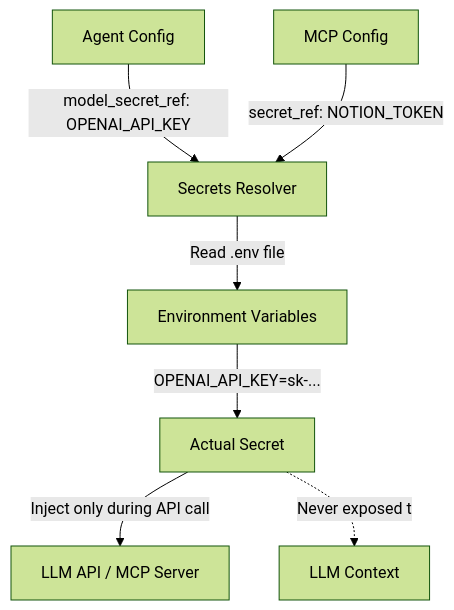
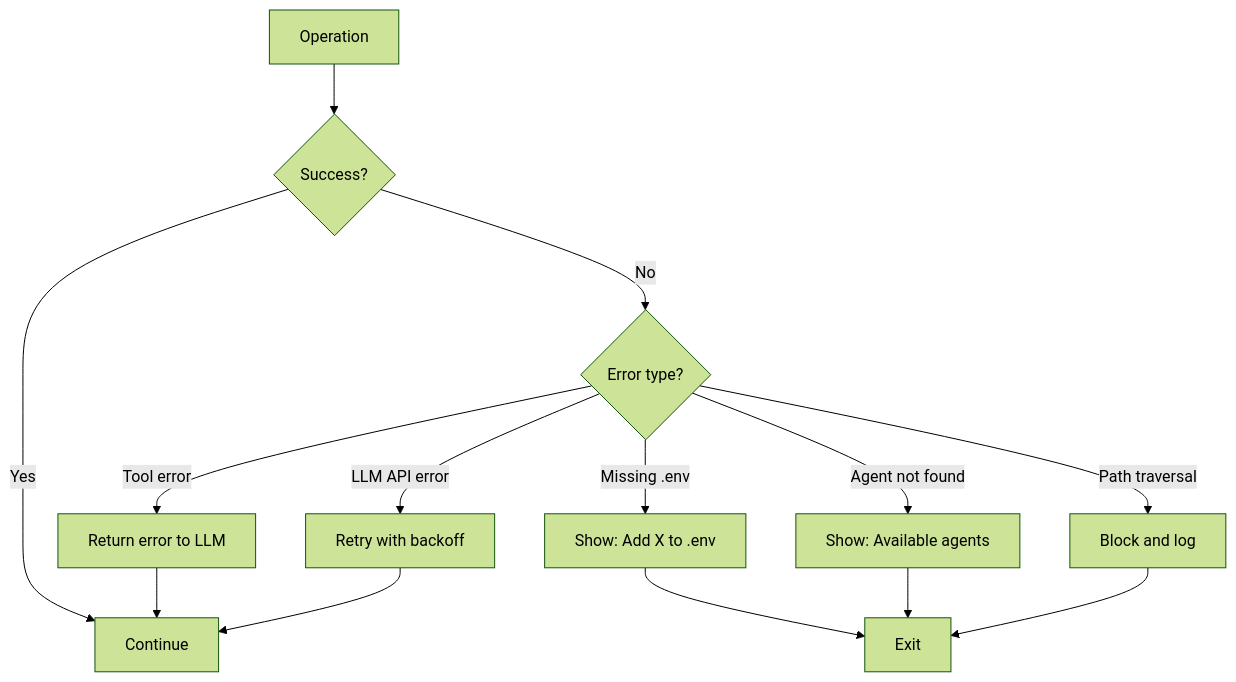
Before and after one commit to bharat94/AgentHub: the seventh of 7 diagrams in plan/04-execution-flow.md, drawn with Mermaid (forest theme). The commit also changed other lines of this file and 6 other files, not shown here.

First line of the commit message:
Simplify architecture: 70% reduction in complexity

````diff
--- a/plan/04-execution-flow.md
+++ b/plan/04-execution-flow.md
@@ -372,9 +308,18 @@
 ```mermaid
 graph TD
-    A[Agent Config] -->|model_secret_ref: OPENAI_API_KEY| B[Secrets Resolver]
-    C[MCP Config] -->|secret_ref: NOTION_TOKEN| B
-    B -->|Read .env file| D[Environment Variables]
-    D -->|OPENAI_API_KEY=sk-...| E[Actual Secret]
-    E -->|Inject only during API call| F[LLM API / MCP Server]
-    E -.Never exposed to.-> G[LLM Context]
+    A[Operation] --> B{Success?}
+    B -->|Yes| C[Continue]
+    B -->|No| D{Error type?}
+
+    D -->|Missing .env| E[Show: Add X to .env]
+    D -->|Agent not found| F[Show: Available agents]
+    D -->|Tool error| G[Return error to LLM]
+    D -->|LLM API error| H[Retry with backoff]
+    D -->|Path traversal| I[Block and log]
+
+    E --> J[Exit]
+    F --> J
+    G --> C
+    H --> C
+    I --> J
 ```
````
